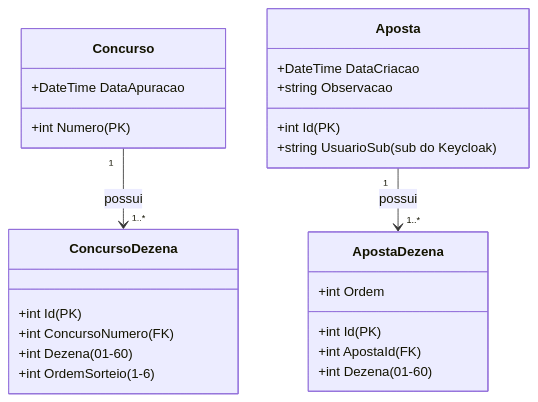
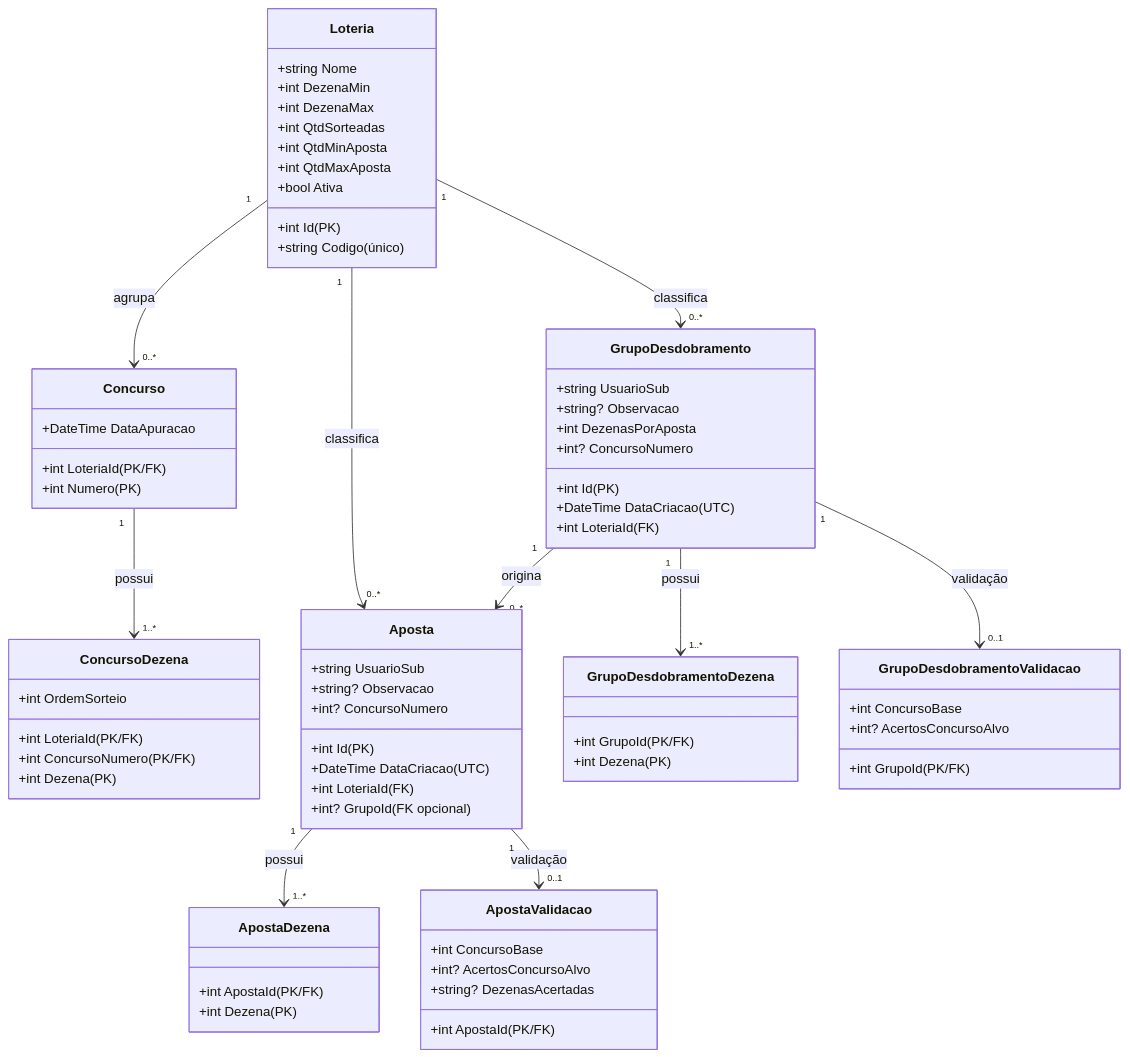
The first of 4 diagrams in Docs/UML.md (Marcelo-Davila/AnaliseJogosCaixa-Vitrine), drawn with Mermaid before and after one commit. The commit also changed other lines of this file and 4 other files, not shown here.

````diff
--- a/Docs/UML.md
+++ b/Docs/UML.md
@@ -9,27 +9,71 @@
 ```mermaid
 classDiagram
+    class Loteria {
+        +int Id (PK)
+        +string Codigo (único)
+        +string Nome
+        +int DezenaMin
+        +int DezenaMax
+        +int QtdSorteadas
+        +int QtdMinAposta
+        +int QtdMaxAposta
+        +bool Ativa
+    }
     class Concurso {
+        +int LoteriaId (PK/FK)
         +int Numero (PK)
         +DateTime DataApuracao
     }
     class ConcursoDezena {
-        +int Id (PK)
-        +int ConcursoNumero (FK)
-        +int Dezena (01-60)
-        +int OrdemSorteio (1-6)
+        +int LoteriaId (PK/FK)
+        +int ConcursoNumero (PK/FK)
+        +int Dezena (PK)
+        +int OrdemSorteio
     }
     class Aposta {
         +int Id (PK)
-        +string UsuarioSub (sub do Keycloak)
-        +DateTime DataCriacao
-        +string Observacao
+        +string UsuarioSub
+        +DateTime DataCriacao (UTC)
+        +string? Observacao
+        +int LoteriaId (FK)
+        +int? ConcursoNumero
+        +int? GrupoId (FK opcional)
     }
     class ApostaDezena {
+        +int ApostaId (PK/FK)
+        +int Dezena (PK)
+    }
+    class ApostaValidacao {
+        +int ApostaId (PK/FK)
+        +int ConcursoBase
+        +int? AcertosConcursoAlvo
+        +string? DezenasAcertadas
+    }
+    class GrupoDesdobramento {
         +int Id (PK)
-        +int ApostaId (FK)
-        +int Dezena (01-60)
-        +int Ordem
+        +string UsuarioSub
+        +DateTime DataCriacao (UTC)
+        +string? Observacao
+        +int LoteriaId (FK)
+        +int DezenasPorAposta
+        +int? ConcursoNumero
     }
+    class GrupoDesdobramentoDezena {
+        +int GrupoId (PK/FK)
+        +int Dezena (PK)
+    }
+    class GrupoDesdobramentoValidacao {
+        +int GrupoId (PK/FK)
+        +int ConcursoBase
+        +int? AcertosConcursoAlvo
+    }
+    Loteria "1" --> "0..*" Concurso : agrupa
+    Loteria "1" --> "0..*" Aposta : classifica
+    Loteria "1" --> "0..*" GrupoDesdobramento : classifica
     Concurso "1" --> "1..*" ConcursoDezena : possui
     Aposta "1" --> "1..*" ApostaDezena : possui
+    Aposta "1" --> "0..1" ApostaValidacao : validação
+    GrupoDesdobramento "1" --> "1..*" GrupoDesdobramentoDezena : possui
+    GrupoDesdobramento "1" --> "0..1" GrupoDesdobramentoValidacao : validação
+    GrupoDesdobramento "1" --> "0..*" Aposta : origina
 ```
````
